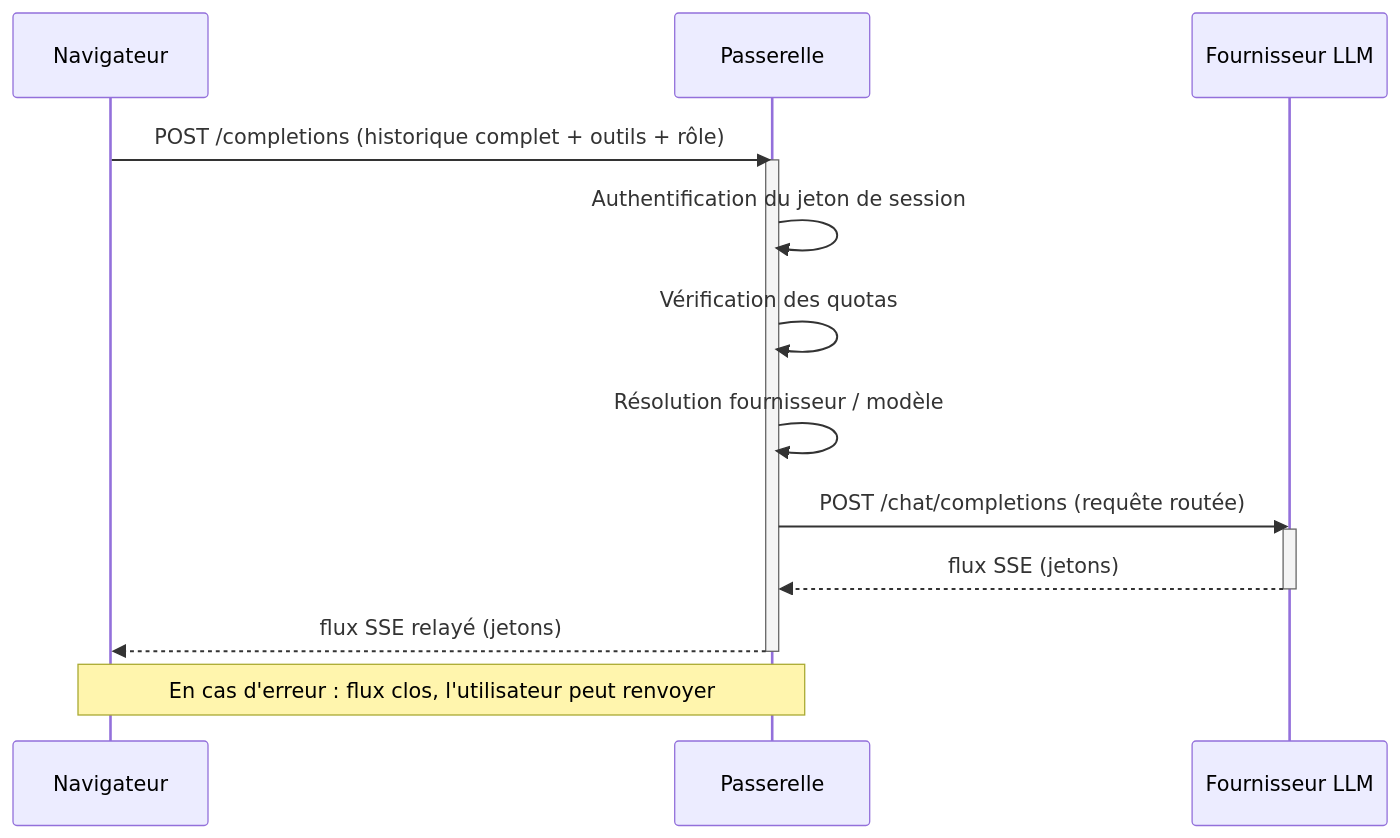
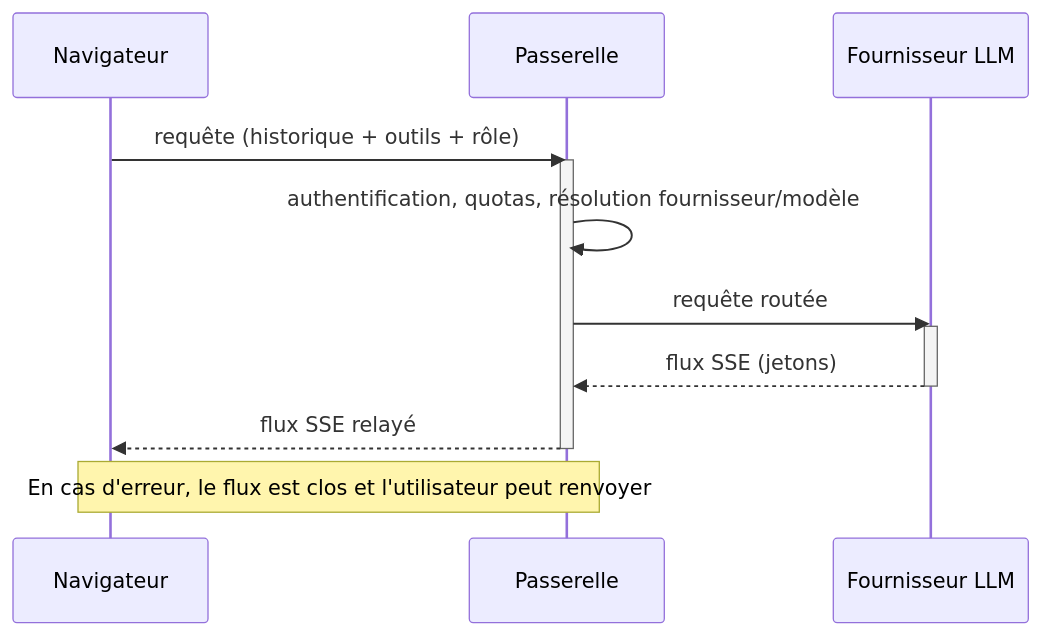
Before and after one commit to data-fair/agents: the first of 2 diagrams in docs/presentation-fr/03-protocoles.md, drawn with Mermaid. The commit also changed other lines of this file and 5 other files, not shown here.

````diff
--- a/docs/presentation-fr/03-protocoles.md
+++ b/docs/presentation-fr/03-protocoles.md
@@ -32,19 +9,17 @@
 ```mermaid
 sequenceDiagram
     participant B as Navigateur
     participant G as Passerelle
     participant F as Fournisseur LLM
 
-    B->>G: POST /completions (historique complet + outils + rôle)
+    B->>G: requête (historique + outils + rôle)
     activate G
-    G->>G: Authentification du jeton de session
-    G->>G: Vérification des quotas
-    G->>G: Résolution fournisseur / modèle
-    G->>F: POST /chat/completions (requête routée)
+    G->>G: authentification, quotas, résolution fournisseur/modèle
+    G->>F: requête routée
     activate F
     F-->>G: flux SSE (jetons)
     deactivate F
-    G-->>B: flux SSE relayé (jetons)
+    G-->>B: flux SSE relayé
     deactivate G
-    Note over B,G: En cas d'erreur : flux clos, l'utilisateur peut renvoyer
+    Note over B,G: En cas d'erreur, le flux est clos et l'utilisateur peut renvoyer
 ```
````
